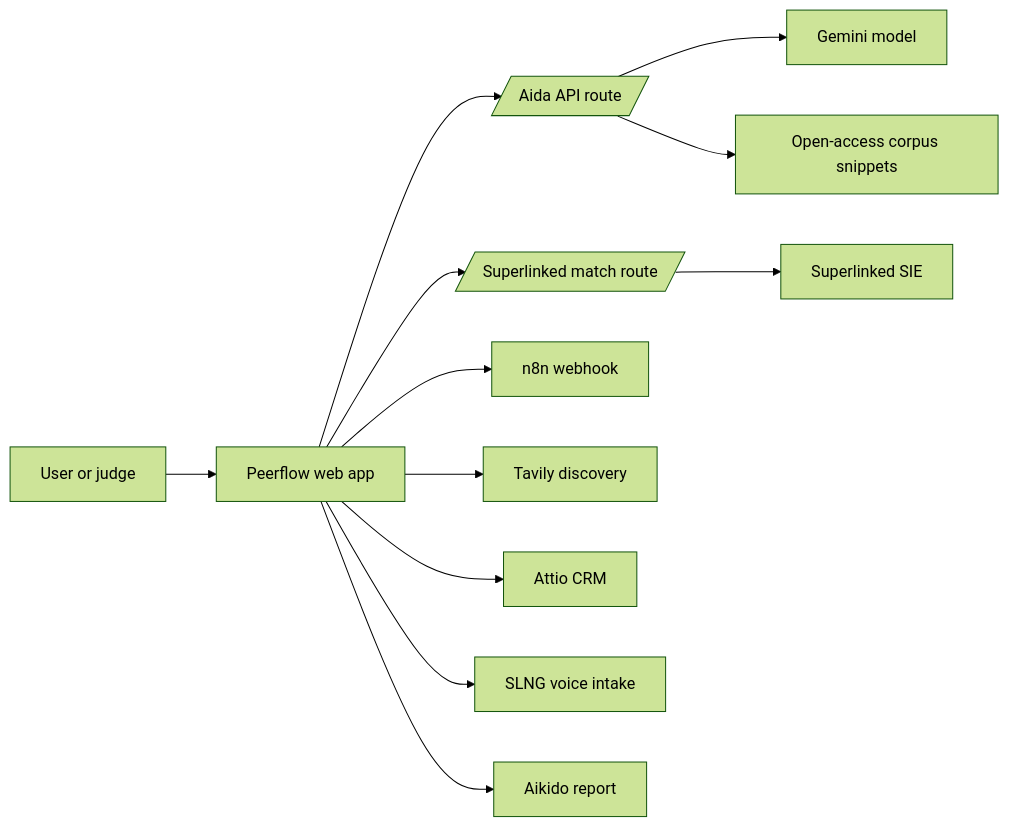
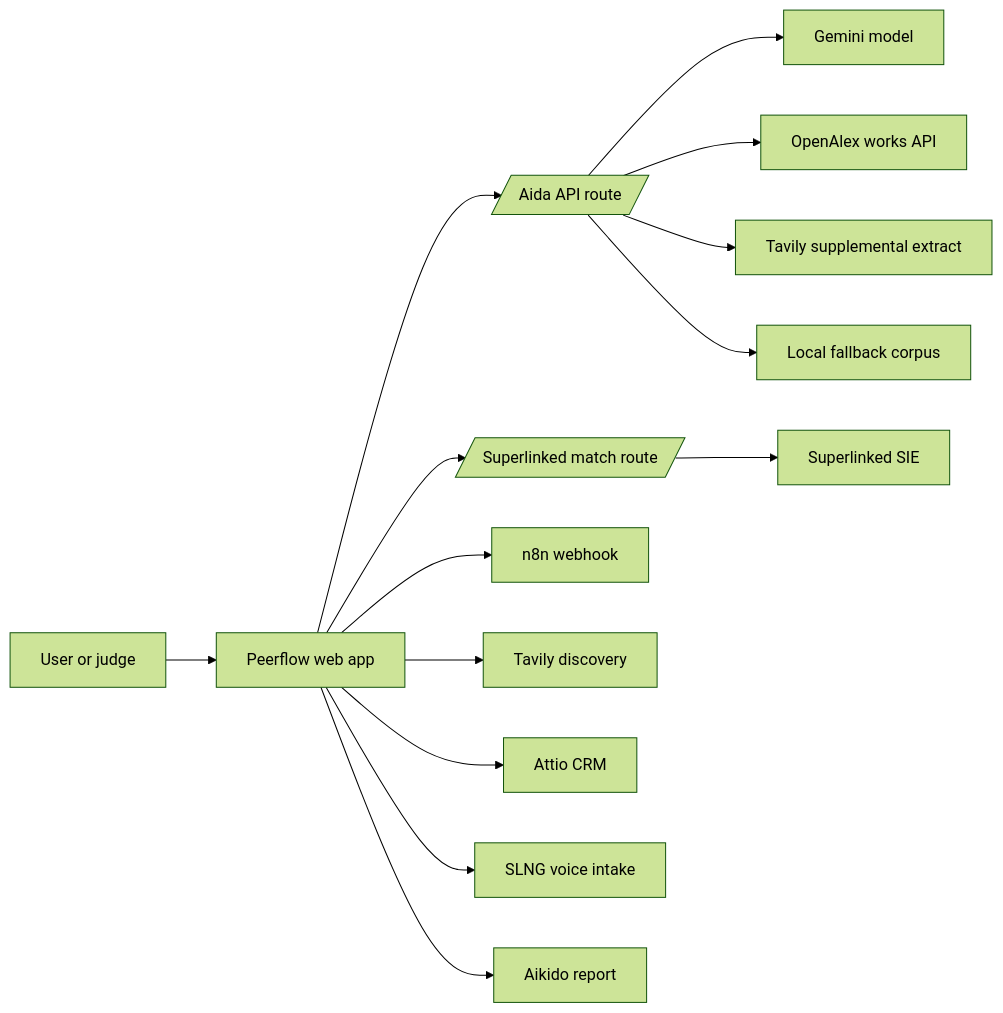
The diagram in README.md (MasteraSnackin/Peerflow), drawn with Mermaid (forest theme) before and after one commit. The commit also changed other lines of this file and 9 other files, not shown here.

Commit message:
Add live open-access corpus retrieval

````diff
--- a/README.md
+++ b/README.md
@@ -67,14 +68,16 @@
 ```mermaid
 flowchart LR
   User[User or judge] --> WebApp[Peerflow web app]
   WebApp --> AidaAPI[/Aida API route/]
   WebApp --> MatchAPI[/Superlinked match route/]
   WebApp --> Workflow[n8n webhook]
   WebApp --> Discovery[Tavily discovery]
   AidaAPI --> Gemini[Gemini model]
-  AidaAPI --> Corpus[Open-access corpus snippets]
+  AidaAPI --> OpenAlex[OpenAlex works API]
+  AidaAPI --> Tavily[Tavily supplemental extract]
+  AidaAPI --> Corpus[Local fallback corpus]
   MatchAPI --> SIE[Superlinked SIE]
   WebApp --> CRM[Attio CRM]
   WebApp --> Voice[SLNG voice intake]
   WebApp --> Security[Aikido report]
 ```
````
